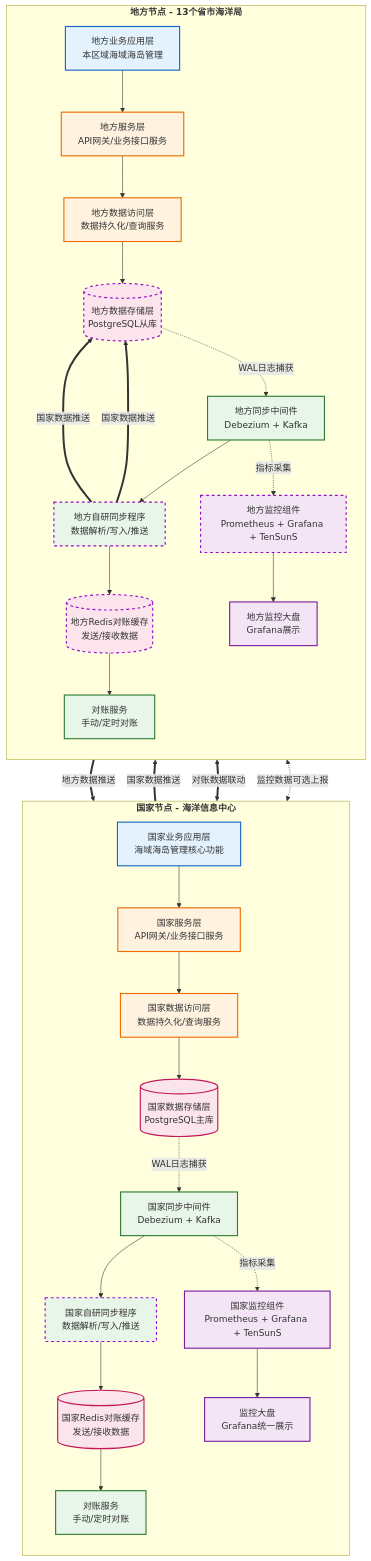
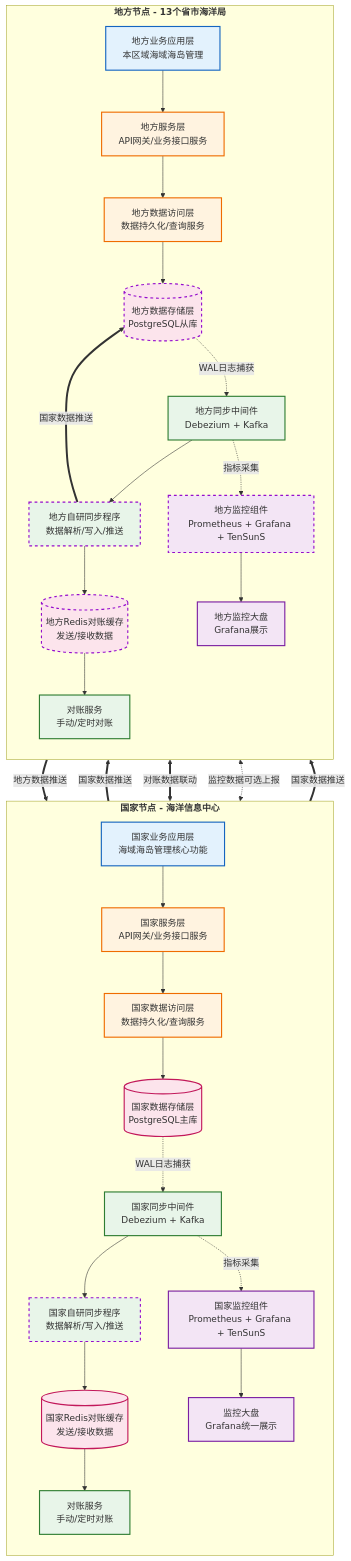
The diagram in all/未命名-1.md (MyJohn2/iodraw-files), drawn with Mermaid before and after one commit.

Commit message:
2026-03-04 13:41:23 update

````diff
--- a/all/未命名-1.md
+++ b/all/未命名-1.md
@@ -1,68 +1,68 @@
 ```mermaid
 flowchart TD
     %% 定义样式
     classDef app fill:#e3f2fd,stroke:#1565c0,stroke-width:2px;
     classDef service fill:#fff3e0,stroke:#ef6c00,stroke-width:2px;
     classDef data fill:#fce4ec,stroke:#c2185b,stroke-width:2px;
     classDef sync fill:#e8f5e9,stroke:#2e7d32,stroke-width:2px;
     classDef monitor fill:#f3e5f5,stroke:#7b1fa2,stroke-width:2px;
     classDef linkLine stroke:#950DCD,stroke-width:2px,stroke-dasharray: 5 5;
 
     %% 国家节点 - 修复了标题括号问题
     subgraph NationNode [<B>国家节点 - 海洋信息中心]
         direction TB
         A1[国家业务应用层<br/>海域海岛管理核心功能]:::app
         B1[国家服务层<br/>API网关/业务接口服务]:::service
         C1[国家数据访问层<br/>数据持久化/查询服务]:::service
         D1[(国家数据存储层<br/>PostgreSQL主库)]:::data
         E1[国家同步中间件<br/>Debezium + Kafka]:::sync
         F1[国家自研同步程序<br/>数据解析/写入/推送]:::sync
         G1[(国家Redis对账缓存<br/>发送/接收数据)]:::data
         H1[国家监控组件<br/>Prometheus + Grafana + TenSunS]:::monitor
         I1[对账服务<br/>手动/定时对账]:::sync
         J1[监控大盘<br/>Grafana统一展示]:::monitor
 
         A1 --> B1
         B1 --> C1
         C1 --> D1
         D1 -.->|WAL日志捕获 | E1
         E1 --> F1
         F1 --> G1
         E1 -.->|指标采集 | H1
         G1 --> I1
         H1 --> J1
     end
     
     %% 地方节点 - 修复了标题括号问题
     subgraph LocalNode [<B>地方节点 - 13个省市海洋局]
         direction TB
         A2[地方业务应用层<br/>本区域海域海岛管理]:::app
         B2[地方服务层<br/>API网关/业务接口服务]:::service
         C2[地方数据访问层<br/>数据持久化/查询服务]:::service
         D2[(地方数据存储层<br/>PostgreSQL从库)]:::data
         E2[地方同步中间件<br/>Debezium + Kafka]:::sync
         F2[地方自研同步程序<br/>数据解析/写入/推送]:::sync
         G2[(地方Redis对账缓存<br/>发送/接收数据)]:::data
         H2[地方监控组件<br/>Prometheus + Grafana + TenSunS]:::monitor
         I2[对账服务<br/>手动/定时对账]:::sync
         J2[地方监控大盘<br/>Grafana展示]:::monitor
 
         A2 --> B2
         B2 --> C2
         C2 --> D2
         D2 -.->|WAL日志捕获 | E2
         E2 --> F2
         F2 --> G2
         E2 -.->|指标采集 | H2
         G2 --> I2
         H2 --> J2
     end
     
     %% 跨节点交互
     E2 ==>|地方数据推送 | F1:::linkLine
     E1 ==>|国家数据推送 | F2:::linkLine
     G1 <==>|对账数据联动 | G2:::linkLine
     H1 <-.->|监控数据可选上报 | H2:::linkLine
     F2 ==>|国家数据推送 | D2:::linkLine
-    F2 ==>|国家数据推送 | D2:::linkLine
+    F1 ==>|国家数据推送 | D2:::linkLine
 ```
````
